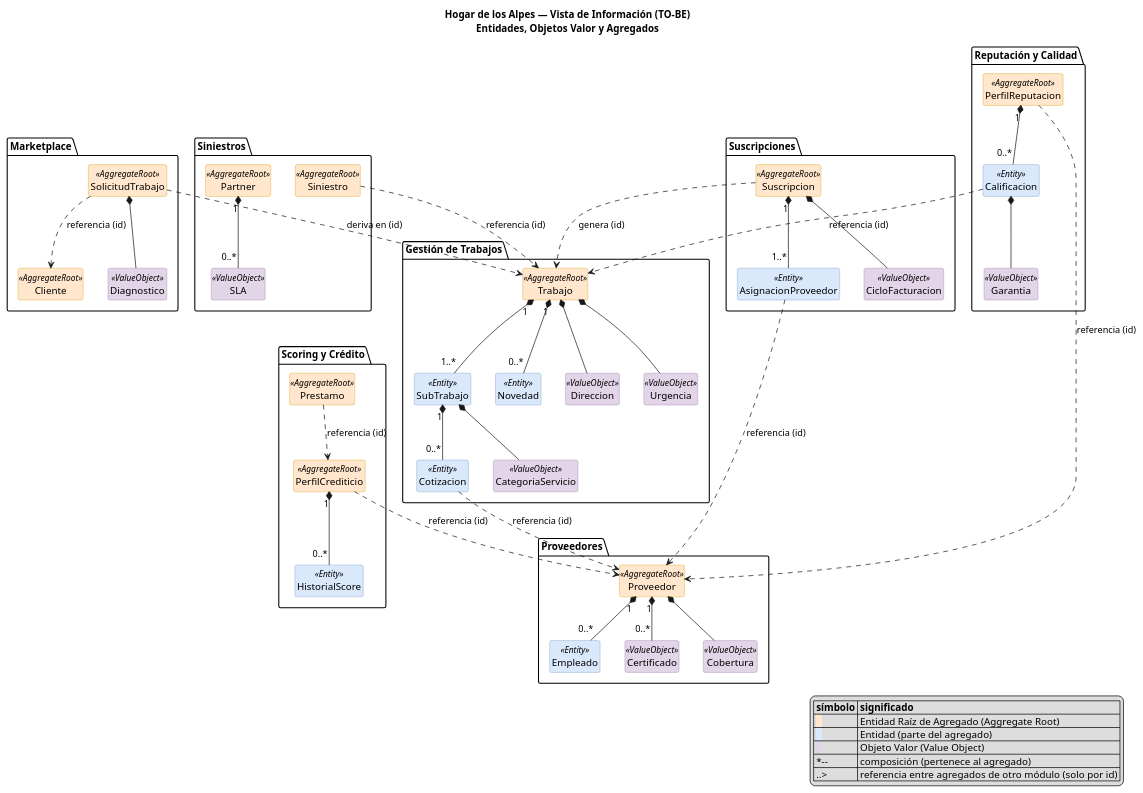
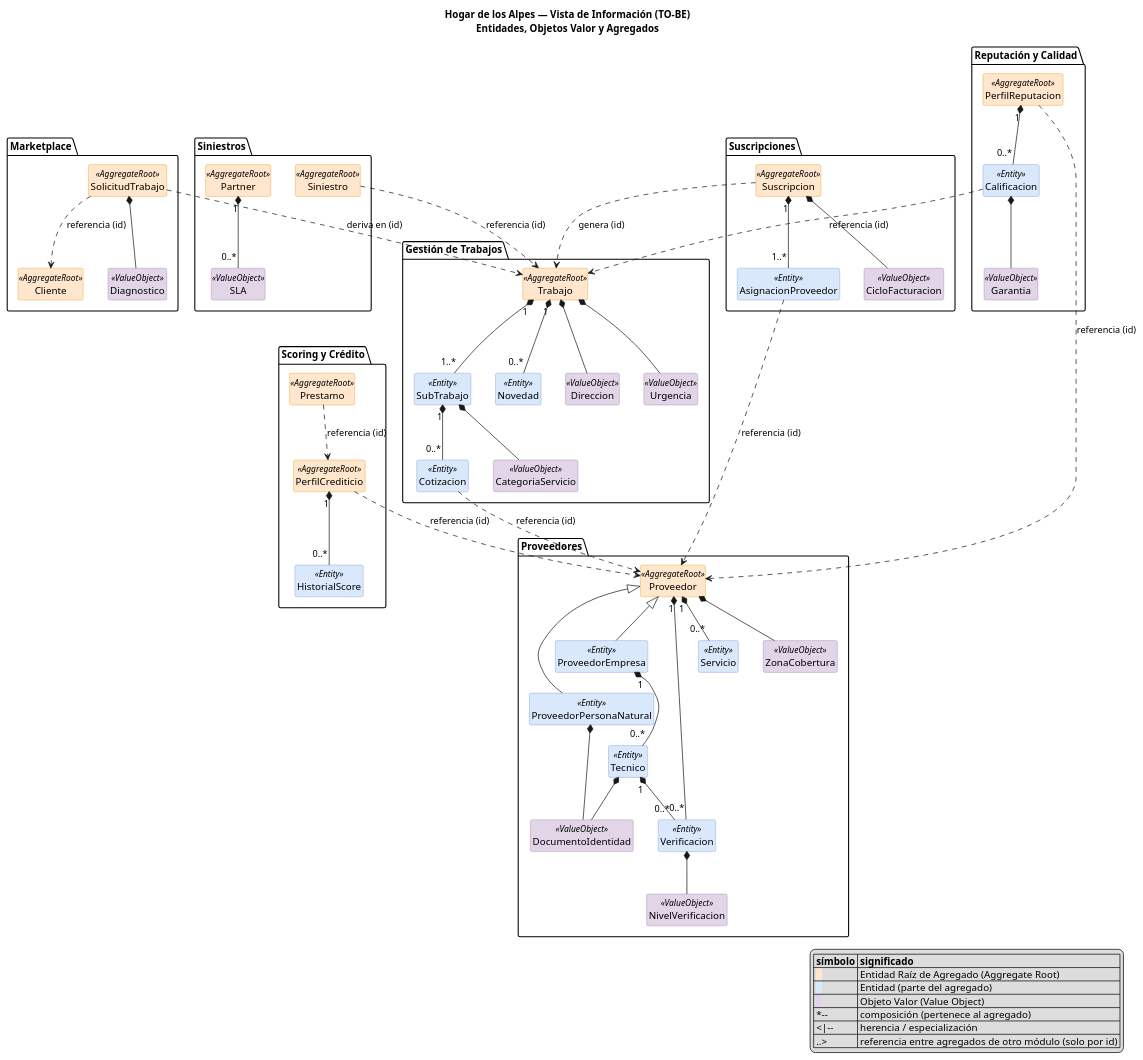
Before and after one commit to ftaboadar/HDA: the diagram in experimento-arquitectura/contexto/07-vista-informacion.puml, drawn with PlantUML. The commit also changed 51 other files, not shown here.

First line of the commit message:
Implementa la capa DDD del servicio de Verificación (Regla 5, 45pt)

```diff
--- a/experimento-arquitectura/contexto/07-vista-informacion.puml
+++ b/experimento-arquitectura/contexto/07-vista-informacion.puml
@@ -1,117 +1,140 @@
 @startuml 07-vista-informacion
 
 ' Hogar de los Alpes (HdA) - Vista de Información (TO-BE)
 ' Diseño táctico - Diagrama de Entidades
 '
 ' Un Agregado por Bounded Context (coherente con 03-contextos-acotados-TO-BE.cml).
 ' No se detallan atributos/métodos: solo entidades, objetos valor y relaciones.
 ' Se marca explícitamente la Entidad Raíz de cada agregado (Aggregate Root).
 ' Las referencias entre agregados de distintos módulos son solo por id (sin
 ' composición), como corresponde entre Bounded Contexts independientes.
+'
+' CHANGELOG: paquete "Proveedores" actualizado para alinearse con el modelo de
+' Verificación de Proveedores usado en escenarios_calidad.md (DISP-03) y en el
+' PPTX de la Entrega 2 — reemplaza la versión anterior (Empleado/Certificado)
+' que había quedado desincronizada del resto de la documentación.
+' Verificacion cuelga tanto de Proveedor (verificación empresarial/persona
+' natural) como de Tecnico (verificación individual por empleado) — el
+' enunciado exige explícitamente que "cada empleado que visite el predio... 
+' haya sido verificado individualmente" y que "un técnico nuevo... no puede
+' atender trabajos hasta ser verificado".
 
 hide circle
 hide empty members
 
 skinparam class {
   BackgroundColor<<AggregateRoot>> #FFE6CC
   BorderColor<<AggregateRoot>> #D79B00
   BackgroundColor<<Entity>> #DAE8FC
   BorderColor<<Entity>> #6C8EBF
   BackgroundColor<<ValueObject>> #E1D5E7
   BorderColor<<ValueObject>> #9673A6
 }
 
 title Hogar de los Alpes — Vista de Información (TO-BE)\nEntidades, Objetos Valor y Agregados
 
 package "Gestión de Trabajos" {
   class Trabajo <<AggregateRoot>>
   class SubTrabajo <<Entity>>
   class Cotizacion <<Entity>>
   class Novedad <<Entity>>
   class Direccion <<ValueObject>>
   class Urgencia <<ValueObject>>
   class CategoriaServicio <<ValueObject>>
 
   Trabajo "1" *-- "1..*" SubTrabajo
   SubTrabajo "1" *-- "0..*" Cotizacion
   Trabajo "1" *-- "0..*" Novedad
   Trabajo *-- Direccion
   Trabajo *-- Urgencia
   SubTrabajo *-- CategoriaServicio
 }
 
 package "Marketplace" {
   class Cliente <<AggregateRoot>>
   class SolicitudTrabajo <<AggregateRoot>>
   class Diagnostico <<ValueObject>>
 
   SolicitudTrabajo *-- Diagnostico
 }
 
 package "Siniestros" {
   class Siniestro <<AggregateRoot>>
   class Partner <<AggregateRoot>>
   class SLA <<ValueObject>>
 
   Partner "1" *-- "0..*" SLA
 }
 
 package "Suscripciones" {
   class Suscripcion <<AggregateRoot>>
   class AsignacionProveedor <<Entity>>
   class CicloFacturacion <<ValueObject>>
 
   Suscripcion "1" *-- "1..*" AsignacionProveedor
   Suscripcion *-- CicloFacturacion
 }
 
 package "Proveedores" {
   class Proveedor <<AggregateRoot>>
-  class Empleado <<Entity>>
-  class Certificado <<ValueObject>>
-  class Cobertura <<ValueObject>>
+  class ProveedorPersonaNatural <<Entity>>
+  class ProveedorEmpresa <<Entity>>
+  class Tecnico <<Entity>>
+  class Verificacion <<Entity>>
+  class Servicio <<Entity>>
+  class DocumentoIdentidad <<ValueObject>>
+  class NivelVerificacion <<ValueObject>>
+  class ZonaCobertura <<ValueObject>>
 
-  Proveedor "1" *-- "0..*" Empleado
-  Proveedor "1" *-- "0..*" Certificado
-  Proveedor *-- Cobertura
+  Proveedor <|-- ProveedorPersonaNatural
+  Proveedor <|-- ProveedorEmpresa
+  ProveedorEmpresa "1" *-- "0..*" Tecnico
+  Proveedor "1" *-- "0..*" Verificacion
+  Tecnico "1" *-- "0..*" Verificacion
+  Proveedor "1" *-- "0..*" Servicio
+  Proveedor *-- ZonaCobertura
+  ProveedorPersonaNatural *-- DocumentoIdentidad
+  Tecnico *-- DocumentoIdentidad
+  Verificacion *-- NivelVerificacion
 }
 
 package "Reputación y Calidad" {
   class PerfilReputacion <<AggregateRoot>>
   class Calificacion <<Entity>>
   class Garantia <<ValueObject>>
 
   PerfilReputacion "1" *-- "0..*" Calificacion
   Calificacion *-- Garantia
 }
 
 package "Scoring y Crédito" {
   class PerfilCrediticio <<AggregateRoot>>
   class Prestamo <<AggregateRoot>>
   class HistorialScore <<Entity>>
 
   PerfilCrediticio "1" *-- "0..*" HistorialScore
 }
 
 ' --- Referencias entre agregados de distintos módulos (solo por id) ---
 Cotizacion ..> Proveedor : referencia (id)
 Siniestro ..> Trabajo : referencia (id)
 Suscripcion ..> Trabajo : genera (id)
 AsignacionProveedor ..> Proveedor : referencia (id)
 Calificacion ..> Trabajo : referencia (id)
 PerfilReputacion ..> Proveedor : referencia (id)
 PerfilCrediticio ..> Proveedor : referencia (id)
 Prestamo ..> PerfilCrediticio : referencia (id)
 SolicitudTrabajo ..> Cliente : referencia (id)
 SolicitudTrabajo ..> Trabajo : deriva en (id)
 
 legend right
   |= símbolo |= significado |
   | <back:#FFE6CC>  </back> | Entidad Raíz de Agregado (Aggregate Root) |
   | <back:#DAE8FC>  </back> | Entidad (parte del agregado) |
   | <back:#E1D5E7>  </back> | Objeto Valor (Value Object) |
   | *-- | composición (pertenece al agregado) |
+  | <\|-- | herencia / especialización |
   | ..> | referencia entre agregados de otro módulo (solo por id) |
 endlegend
 
 @enduml
```
